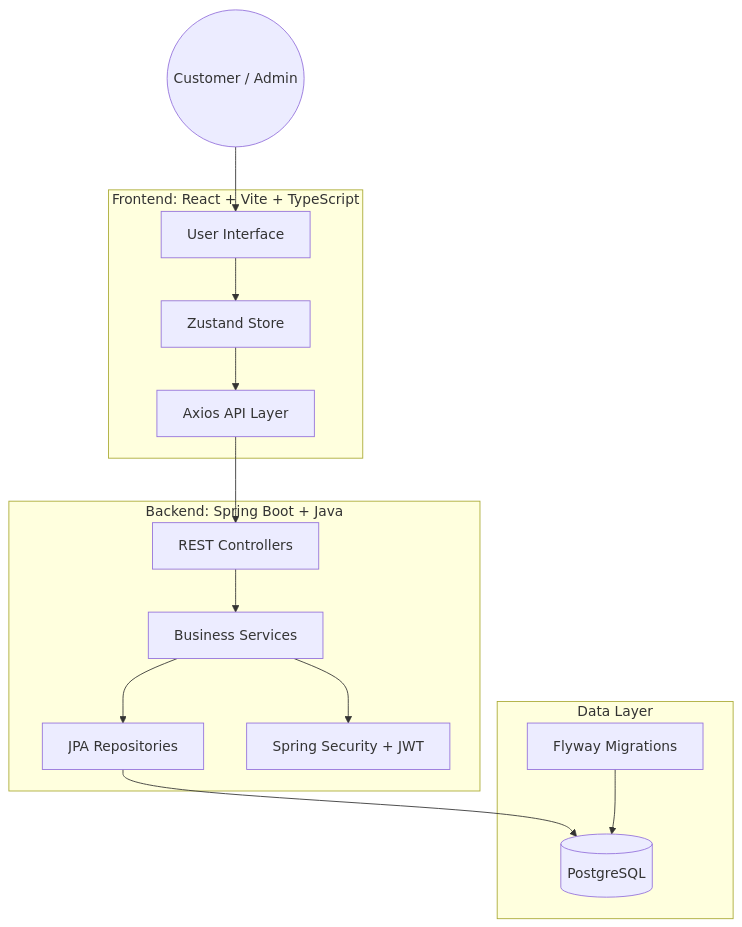
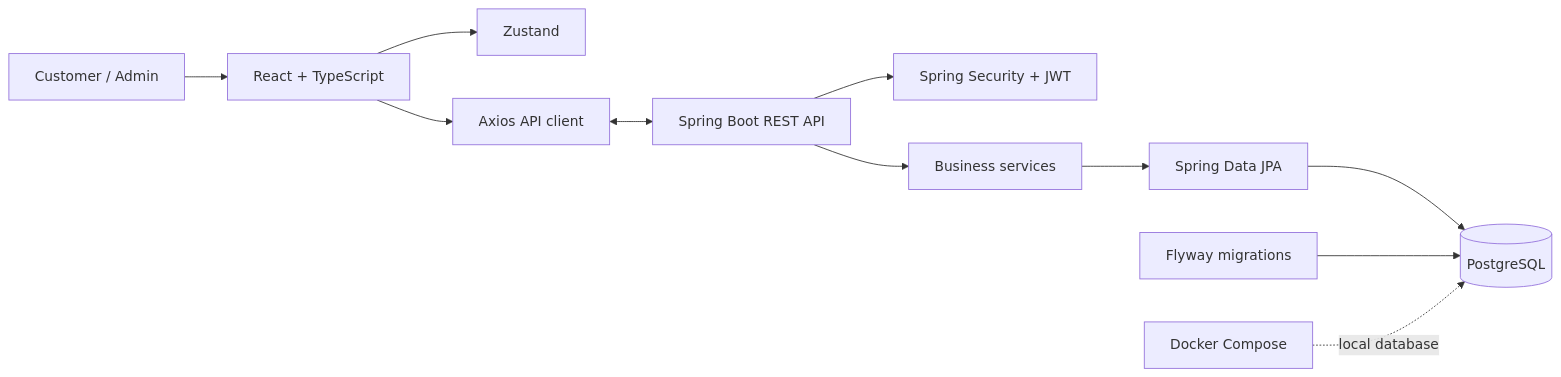
The diagram in README.md (Harshalj2003/mrs-deores), drawn with Mermaid before and after one commit. The commit also changed other lines of this file, not shown here.

````diff
--- a/README.md
+++ b/README.md
@@ -34,31 +160,13 @@
 ```mermaid
-graph TD
-    User((Customer / Admin))
-    subgraph Frontend["Frontend: React + Vite + TypeScript"]
-        UI[User Interface]
-        Store[Zustand Store]
-        API[Axios API Layer]
-    end
-
-    subgraph Backend["Backend: Spring Boot + Java"]
-        Controller[REST Controllers]
-        Service[Business Services]
-        Repo[JPA Repositories]
-        Security[Spring Security + JWT]
-    end
-
-    subgraph Data["Data Layer"]
-        DB[(PostgreSQL)]
-        Flyway[Flyway Migrations]
-    end
-
-    User --> UI
-    UI --> Store
-    Store --> API
-    API --> Controller
-    Controller --> Service
-    Service --> Repo
-    Service --> Security
-    Repo --> DB
-    Flyway --> DB
+graph LR
+    Customer[Customer / Admin] --> Web[React + TypeScript]
+    Web --> State[Zustand]
+    Web --> Client[Axios API client]
+    Client <--> API[Spring Boot REST API]
+    API --> Security[Spring Security + JWT]
+    API --> Services[Business services]
+    Services --> Repos[Spring Data JPA]
+    Repos --> DB[(PostgreSQL)]
+    Flyway[Flyway migrations] --> DB
+    Compose[Docker Compose] -. local database .-> DB
 ```
````
